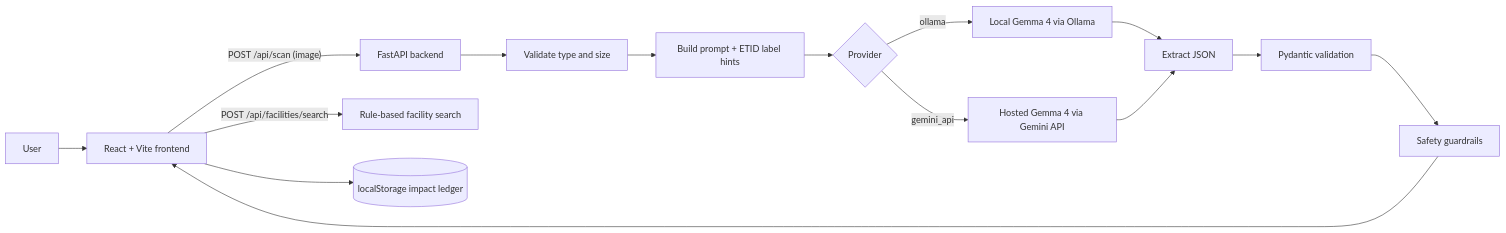
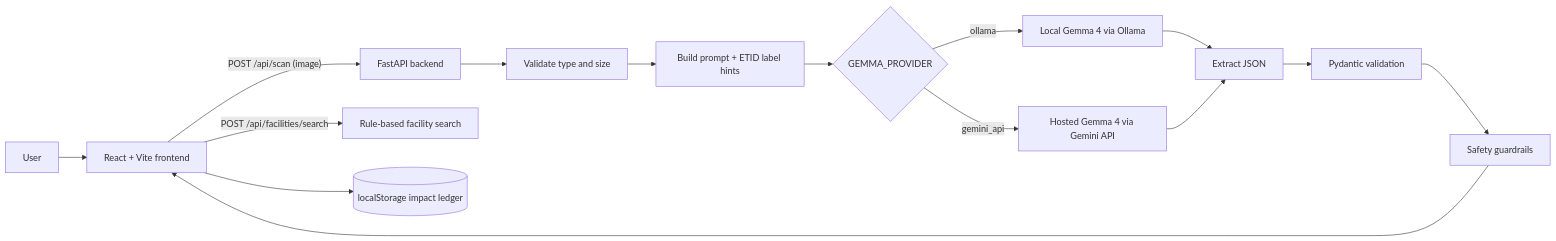
The diagram in README.md (Rhea-15/Ecolens), drawn with Mermaid before and after one commit. The commit also changed other lines of this file, not shown here.

````diff
--- a/README.md
+++ b/README.md
@@ -67,17 +67,17 @@
 ```mermaid
 flowchart LR
     U[User] --> F[React + Vite frontend]
     F -- "POST /api/scan (image)" --> B[FastAPI backend]
     B --> V[Validate type and size]
     V --> P[Build prompt + ETID label hints]
-    P --> G{Provider}
+    P --> G{GEMMA_PROVIDER}
     G -- ollama --> O[Local Gemma 4 via Ollama]
     G -- gemini_api --> H[Hosted Gemma 4 via Gemini API]
     O --> J[Extract JSON]
     H --> J
     J --> S[Pydantic validation]
     S --> R[Safety guardrails]
     R --> F
     F -- "POST /api/facilities/search" --> D[Rule-based facility search]
     F --> L[(localStorage impact ledger)]
 ```
````
